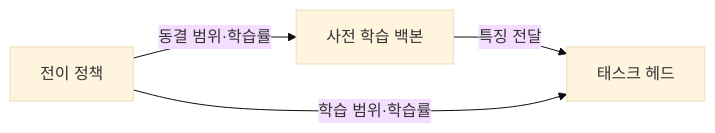
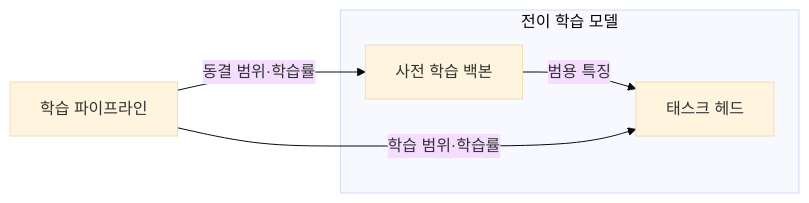
The first of 2 diagrams in src/content/docs/notes/01-basic-theory/047_transfer_learning.md (agnusdei1207/knowledge-base), drawn with Mermaid (base theme) before and after one commit. The commit also changed other lines of this file and 6 other files, not shown here.

````diff
--- a/src/content/docs/notes/01-basic-theory/047_transfer_learning.md
+++ b/src/content/docs/notes/01-basic-theory/047_transfer_learning.md
@@ -57,9 +58,11 @@
 ```mermaid
 flowchart LR
-    B[사전 학습 백본]
-    H[태스크 헤드]
-    P[전이 정책]
-    B -->|특징 전달| H
-    P -->|동결 범위·학습률| B
-    P -->|학습 범위·학습률| H
+    T[학습 파이프라인]
+    subgraph M[전이 학습 모델]
+        B[사전 학습 백본]
+        H[태스크 헤드]
+        B -->|범용 특징| H
+    end
+    T -->|동결 범위·학습률| B
+    T -->|학습 범위·학습률| H
 ```
````
